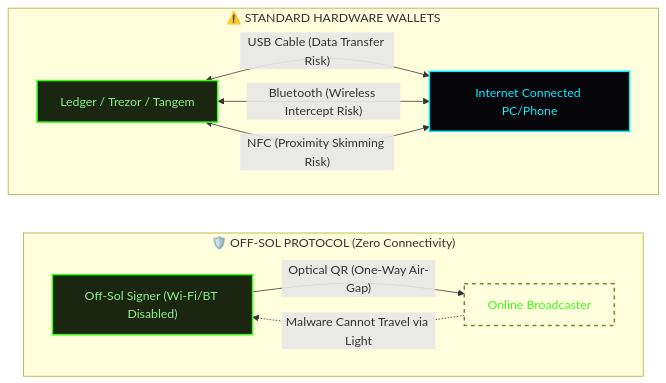
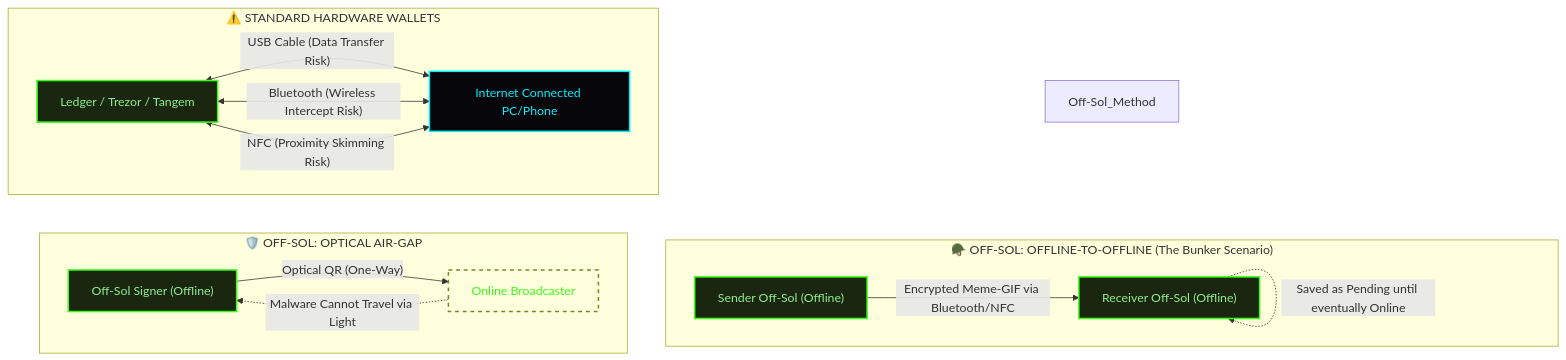
Before and after one commit to Xo-Ant/Off-Sol: the second of 4 diagrams in README.md, drawn with Mermaid. The commit also changed other lines of this file and 1 other file, not shown here.

Commit message:
docs: Add Offline-to-Offline steganography flow to diagrams

````diff
--- a/README.md
+++ b/README.md
@@ -53,28 +53,38 @@
 ```mermaid
 flowchart TD
     classDef offline fill:#1a2610,stroke:#39ff14,stroke-width:2px,color:#90EE90;
     classDef online fill:#05050a,stroke:#00f0ff,stroke-width:2px,color:#00f0ff;
     classDef danger fill:#2a0000,stroke:#ff0000,stroke-width:2px,color:#ff5555;
     classDef safe fill:none,stroke:#6b8e23,stroke-width:2px,stroke-dasharray: 5 5,color:#39ff14;
 
     subgraph Standard_Methods ["⚠️ STANDARD HARDWARE WALLETS"]
         direction LR
         HW["Ledger / Trezor / Tangem"]:::offline
         PC["Internet Connected PC/Phone"]:::online
         
         HW <-->|"USB Cable (Data Transfer Risk)"| PC
         HW <-->|"Bluetooth (Wireless Intercept Risk)"| PC
         HW <-->|"NFC (Proximity Skimming Risk)"| PC
     end
 
-    subgraph Off_Sol_Method ["🛡️ OFF-SOL PROTOCOL (Zero Connectivity)"]
+    subgraph Off_Sol_Method ["🛡️ OFF-SOL: OPTICAL AIR-GAP"]
         direction LR
-        Vault["Off-Sol Signer (Wi-Fi/BT Disabled)"]:::offline
+        Vault["Off-Sol Signer (Offline)"]:::offline
         Broadcaster["Online Broadcaster"]:::online
         
-        Vault -->|"Optical QR (One-Way Air-Gap)"| Broadcaster:::safe
+        Vault -->|"Optical QR (One-Way)"| Broadcaster:::safe
         Broadcaster -.->|"Malware Cannot Travel via Light"| Vault
     end
 
+    subgraph Off_Sol_Stego ["🪖 OFF-SOL: OFFLINE-TO-OFFLINE (The Bunker Scenario)"]
+        direction LR
+        Vault1["Sender Off-Sol (Offline)"]:::offline
+        Vault2["Receiver Off-Sol (Offline)"]:::offline
+        
+        Vault1 -->|"Encrypted Meme-GIF via Bluetooth/NFC"| Vault2:::offline
+        Vault2 -.->|"Saved as Pending until eventually Online"| Vault2
+    end
+
     Standard_Methods ~~~ Off_Sol_Method
+    Off-Sol_Method ~~~ Off_Sol_Stego
 ```
````
